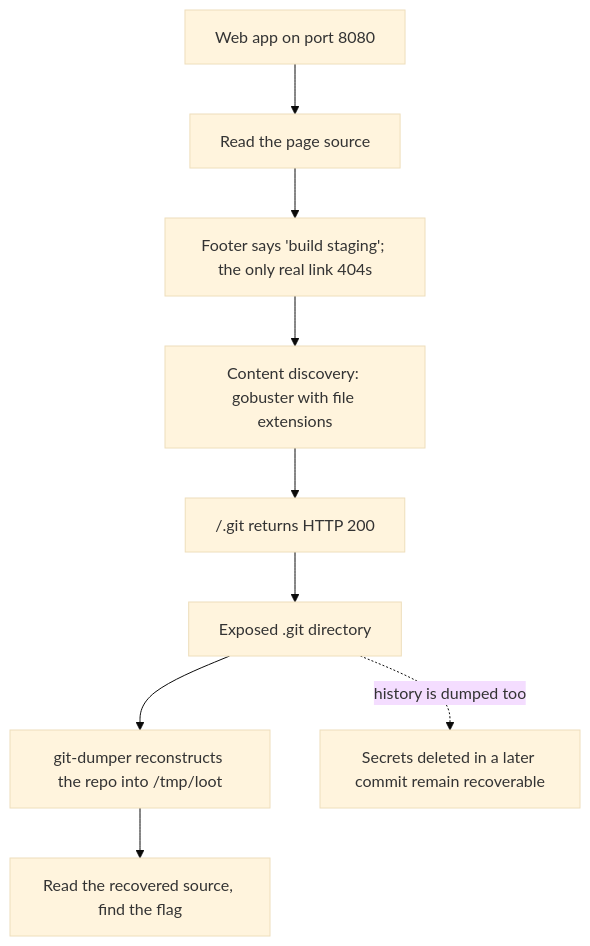
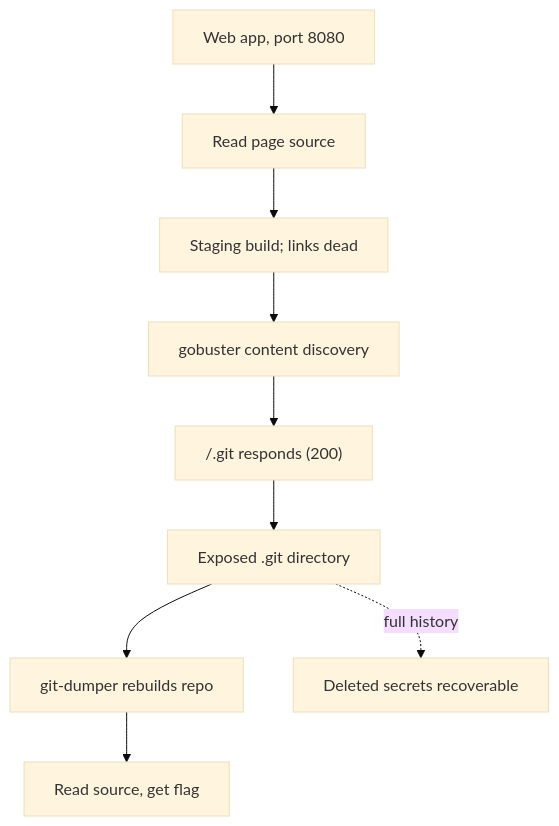
The diagram in writeups/room-404.md (ouroboros-white/cybersecurity-portfolio), drawn with Mermaid (base theme) before and after one commit.

Commit message:
docs: shorten Room 404 diagram labels so they don't clip
The attack-chain nodes carried full sentences, which the renderer clipped
at the box edges. Labels are now terse (detail stays in the prose), so
each node fits.

````diff
--- a/writeups/room-404.md
+++ b/writeups/room-404.md
@@ -48,11 +48,11 @@
 ```mermaid
 flowchart TD
-    A["Web app on port 8080"] --> B["Read the page source"]
-    B --> C["Footer says 'build staging'; the only real link 404s"]
-    C --> D["Content discovery: gobuster with file extensions"]
-    D --> E["/.git returns HTTP 200"]
+    A["Web app, port 8080"] --> B["Read page source"]
+    B --> C["Staging build; links dead"]
+    C --> D["gobuster content discovery"]
+    D --> E["/.git responds (200)"]
     E --> F["Exposed .git directory"]
-    F --> G["git-dumper reconstructs the repo into /tmp/loot"]
-    G --> H["Read the recovered source, find the flag"]
-    F -. "history is dumped too" .-> I["Secrets deleted in a later commit remain recoverable"]
+    F --> G["git-dumper rebuilds repo"]
+    G --> H["Read source, get flag"]
+    F -. "full history" .-> I["Deleted secrets recoverable"]
 ```
````
